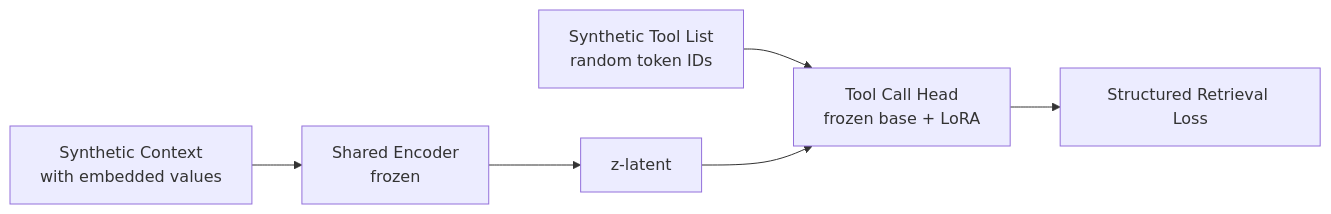
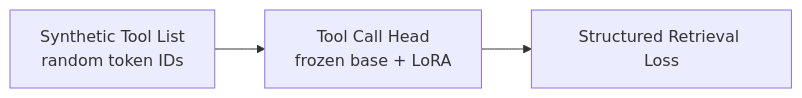
One commit to cactus-compute/needle changed the first of 3 diagrams in docs/posttraining.md. Above: the diagram before and after it, drawn with Mermaid. The commit also changed 12 other files, not shown here.

````diff
--- a/docs/posttraining.md
+++ b/docs/posttraining.md
@@ -5,9 +5,6 @@
 ```mermaid
 graph LR
     %% Synthetic data
     TL[Synthetic Tool List<br>random token IDs] --> Tool_dec[Tool Call Head<br>frozen base + LoRA]
-    CTX[Synthetic Context<br>with embedded values] --> Enc[Shared Encoder<br>frozen]
-    Enc --> Z[z-latent]
-    Z --> Tool_dec
     Tool_dec --> Loss[Structured Retrieval Loss]
 ```
````
